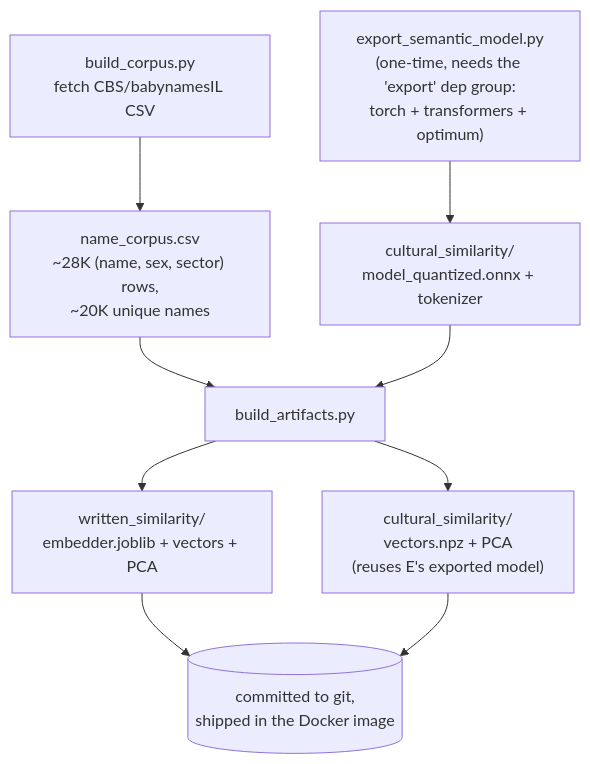
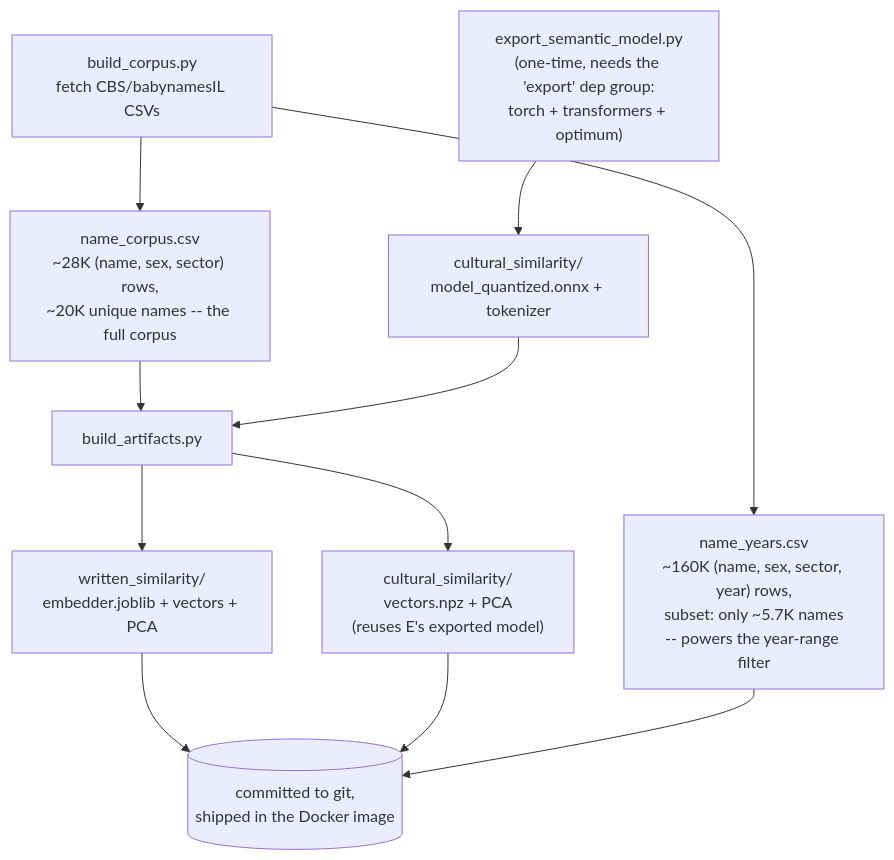
The second of 3 diagrams in README.md (oregev11/name-me), drawn with Mermaid before and after one commit. The commit also changed other lines of this file and 22 other files, not shown here.

First line of the commit message:
Add year-range filter (a "ruler" for birth-year span)

````diff
--- a/README.md
+++ b/README.md
@@ -66,11 +66,13 @@
 ```mermaid
 flowchart TD
-    A["build_corpus.py<br/>fetch CBS/babynamesIL CSV"] --> B["name_corpus.csv<br/>~28K (name, sex, sector) rows,<br/>~20K unique names"]
+    A["build_corpus.py<br/>fetch CBS/babynamesIL CSVs"] --> B["name_corpus.csv<br/>~28K (name, sex, sector) rows,<br/>~20K unique names -- the full corpus"]
+    A --> B2["name_years.csv<br/>~160K (name, sex, sector, year) rows,<br/>subset: only ~5.7K names<br/>-- powers the year-range filter"]
     B --> C["build_artifacts.py"]
     D["export_semantic_model.py<br/>(one-time, needs the 'export' dep group:<br/>torch + transformers + optimum)"] --> E["cultural_similarity/<br/>model_quantized.onnx + tokenizer"]
     E --> C
     C --> F["written_similarity/<br/>embedder.joblib + vectors + PCA"]
     C --> G["cultural_similarity/<br/>vectors.npz + PCA<br/>(reuses E's exported model)"]
     F --> H[("committed to git,<br/>shipped in the Docker image")]
     G --> H
+    B2 --> H
 ```
````
